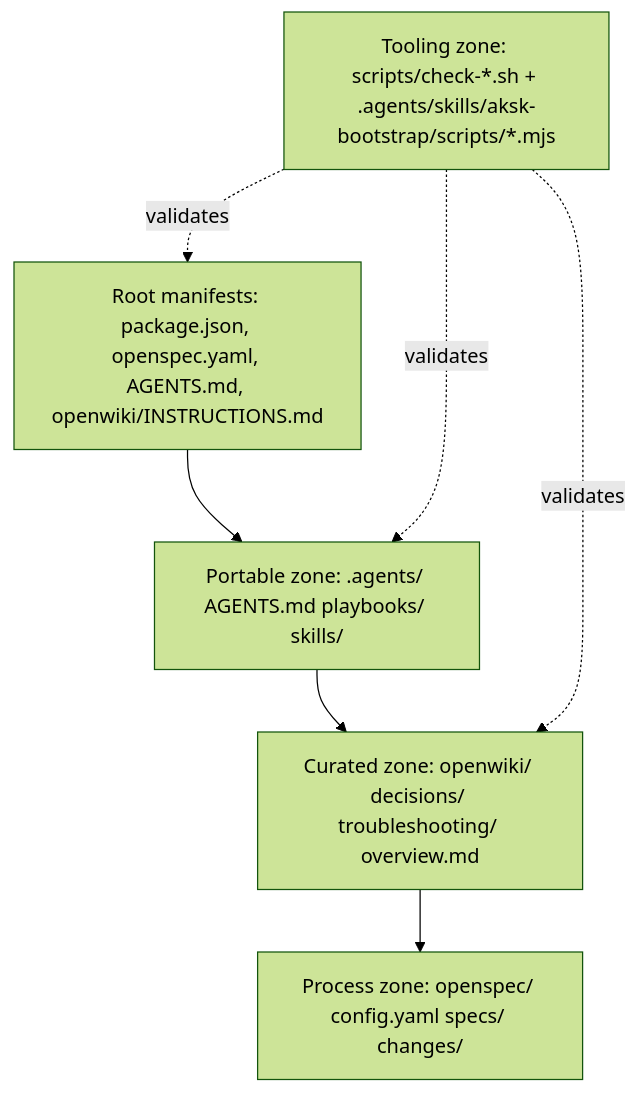
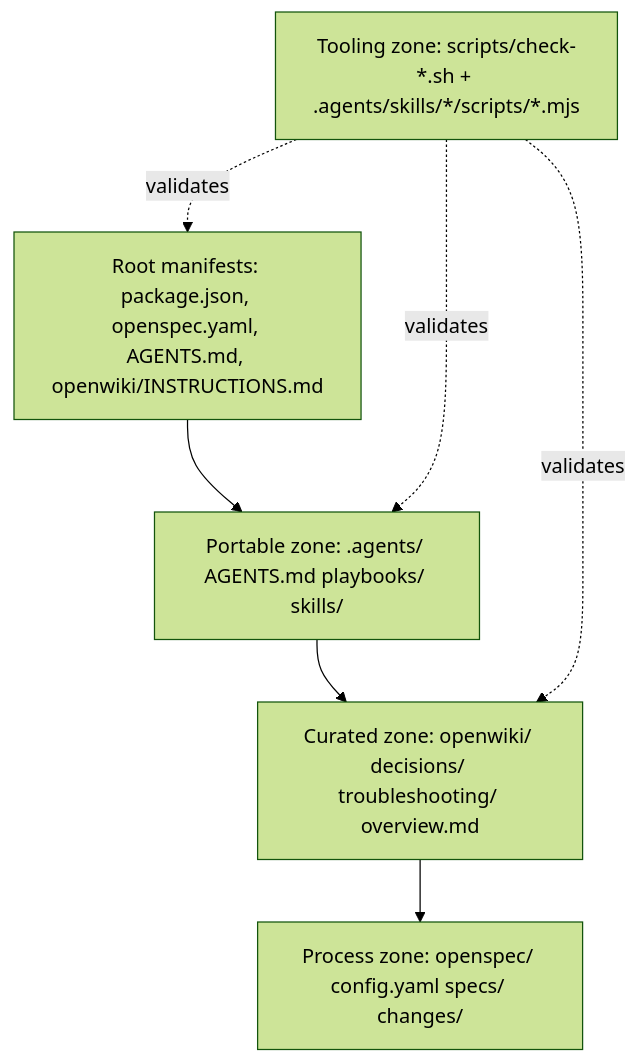
Before and after one commit to Hypercubed/Agent-Knowledge-Starter-Kit: the diagram in openwiki/inventory/repository-inventory.md, drawn with Mermaid (forest theme). The commit also changed other lines of this file and 80 other files, not shown here.

````diff
--- a/openwiki/inventory/repository-inventory.md
+++ b/openwiki/inventory/repository-inventory.md
@@ -69,14 +79,14 @@
 ```mermaid
 flowchart TB
   Root["Root manifests: package.json, openspec.yaml, AGENTS.md, openwiki/INSTRUCTIONS.md"]
   Agents["Portable zone: .agents/ AGENTS.md playbooks/ skills/"]
   Wiki["Curated zone: openwiki/ decisions/ troubleshooting/ overview.md"]
   Spec["Process zone: openspec/ config.yaml specs/ changes/"]
-  Tool["Tooling zone: scripts/check-*.sh + .agents/skills/aksk-bootstrap/scripts/*.mjs"]
+  Tool["Tooling zone: scripts/check-*.sh + .agents/skills/*/scripts/*.mjs"]
   Root --> Agents
   Agents --> Wiki
   Wiki --> Spec
   Tool -. validates .-> Root
   Tool -. validates .-> Agents
   Tool -. validates .-> Wiki
 ```
````
